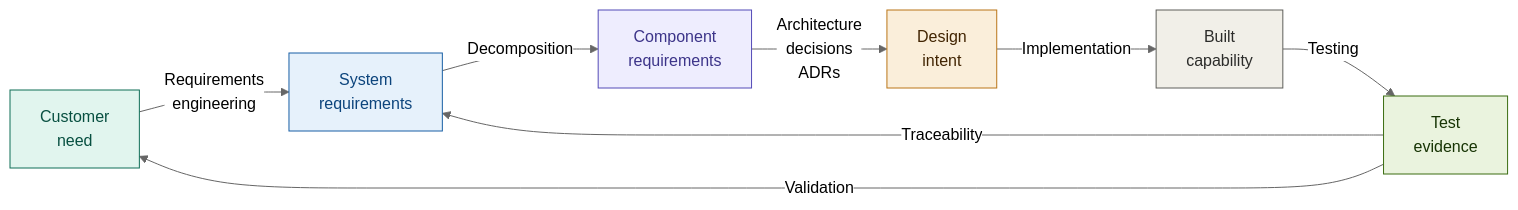
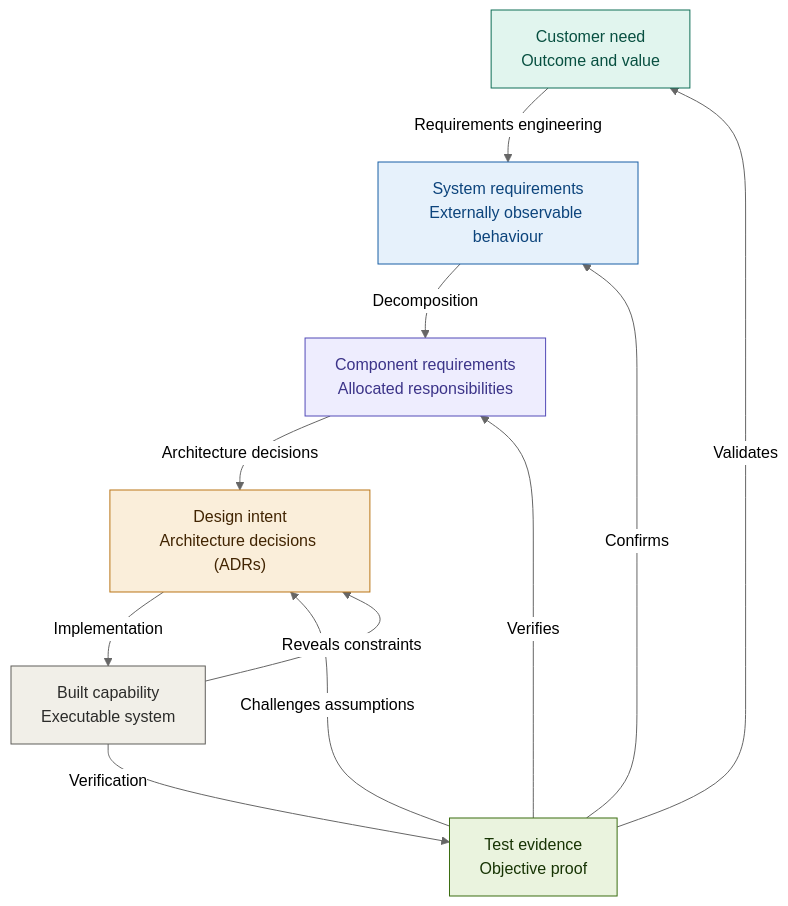
Before and after one commit to markbac/docs-WoW: the third of 3 diagrams in docs/ways-of-working/firmitas2/07_part_2/chapters/14_the_delivery_model.md, drawn with Mermaid (neutral theme). The commit also changed other lines of this file and 30 other files, not shown here.

````diff
--- a/docs/ways-of-working/firmitas2/07_part_2/chapters/14_the_delivery_model.md
+++ b/docs/ways-of-working/firmitas2/07_part_2/chapters/14_the_delivery_model.md
@@ -270,17 +286,33 @@
 ```mermaid
-flowchart LR
-    CN["Customer\nneed"] -->|"Requirements\nengineering"| SR["System\nrequirements"]
-    SR -->|"Decomposition"| CR["Component\nrequirements"]
-    CR -->|"Architecture\ndecisions\nADRs"| DI["Design\nintent"]
-    DI -->|"Implementation"| BC["Built\ncapability"]
-    BC -->|"Testing"| TE["Test\nevidence"]
-    TE -->|"Traceability"| SR
-    TE -->|"Validation"| CN
+flowchart TB
+    CN["Customer need<br>Outcome and value"]
+    SR["System requirements<br>Externally observable behaviour"]
+    CR["Component requirements<br>Allocated responsibilities"]
+    DI["Design intent<br>Architecture decisions (ADRs)"]
+    BC["Built capability<br>Executable system"]
+    TE["Test evidence<br>Objective proof"]
 
+    %% Forward flow (intent)
+    CN -->|"Requirements engineering"| SR
+    SR -->|"Decomposition"| CR
+    CR -->|"Architecture decisions"| DI
+    DI -->|"Implementation"| BC
+    BC -->|"Verification"| TE
+
+    %% Backward flow (evidence)
+    TE -->|"Verifies"| CR
+    TE -->|"Confirms"| SR
+    TE -->|"Validates"| CN
+
+    %% Missing but critical feedback
+    TE -->|"Challenges assumptions"| DI
+    BC -->|"Reveals constraints"| DI
+
+    %% Styling
     style CN fill:#E1F5EE,stroke:#0F6E56,color:#085041
     style SR fill:#E6F1FB,stroke:#185FA5,color:#0C447C
     style CR fill:#EEEDFE,stroke:#534AB7,color:#3C3489
     style DI fill:#FAEEDA,stroke:#BA7517,color:#412402
     style BC fill:#F1EFE8,stroke:#5F5E5A,color:#2C2C2A
     style TE fill:#EAF3DE,stroke:#3B6D11,color:#173404
 ```
````
